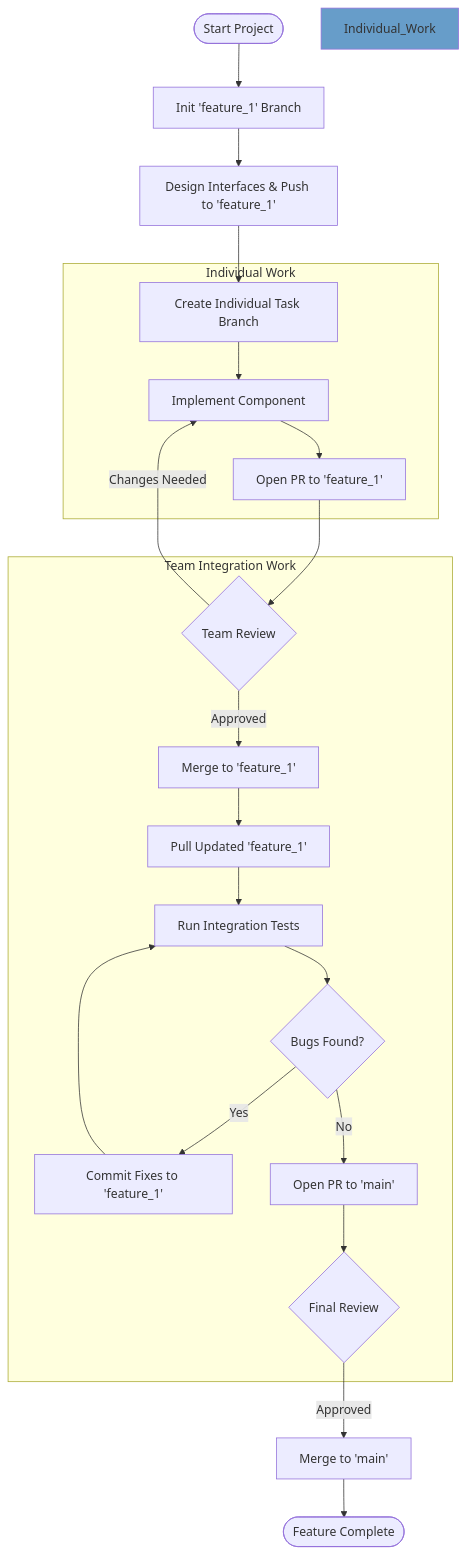
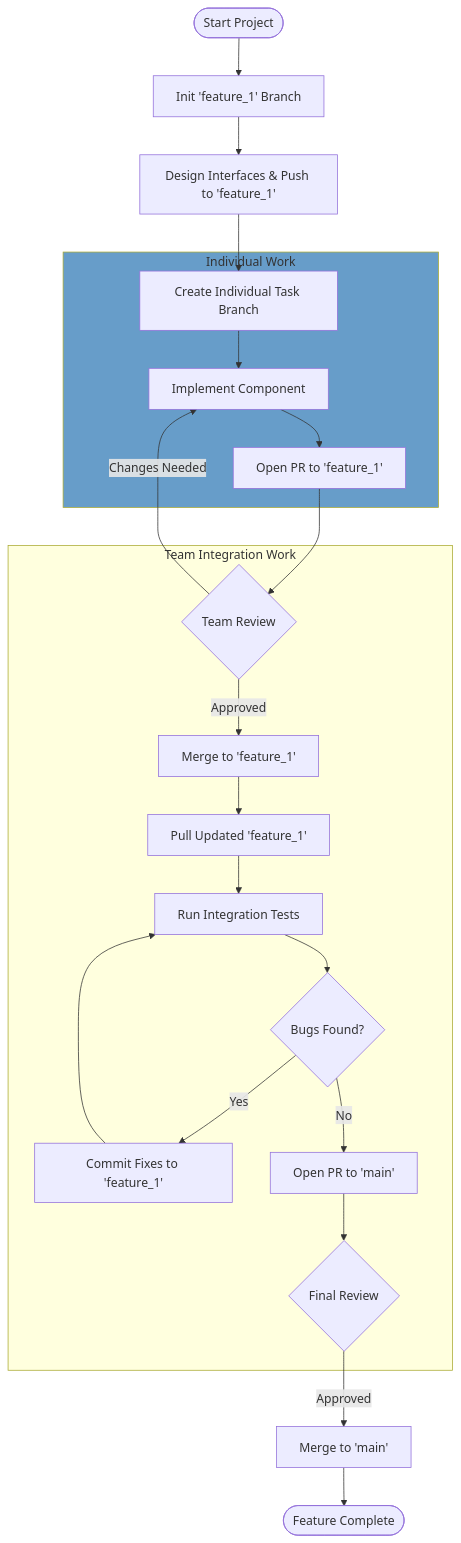
One commit to cse4504-wustl/workflow changed the first of 2 diagrams in README.md. Above: the diagram before and after it, drawn with Mermaid.

````diff
--- a/README.md
+++ b/README.md
@@ -2,28 +2,28 @@
 ```mermaid
 flowchart TD
     Start([Start Project]) --> InitFeature[Init 'feature_1' Branch]
     InitFeature --> Design[Design Interfaces & Push to 'feature_1']
     Design --> BranchInd[Create Individual Task Branch]
 
-    subgraph Individual Work
+    subgraph Indiv_Work [Individual Work]
     BranchInd --> Implement[Implement Component]
     Implement --> PR_Ind[Open PR to 'feature_1']
     end
-    style Individual_Work fill:#679DC9
+    style Indiv_Work fill:#679DC9
 
     subgraph Team Integration Work
     Review_Ind -- Changes Needed --> Implement
     PR_Ind --> Review_Ind{Team Review}
     Review_Ind -- Approved --> Merge_Ind[Merge to 'feature_1']    
     Merge_Ind --> Pull[Pull Updated 'feature_1']
     Pull --> Test[Run Integration Tests]
     Test --> Fix{Bugs Found?}
     Fix -- Yes --> FixCommit[Commit Fixes to 'feature_1']
     FixCommit --> Test
     Fix -- No --> FinalPR[Open PR to 'main']
     FinalPR --> Review_Final{Final Review}
     end
 
     Review_Final -- Approved --> MainMerge[Merge to 'main']
     MainMerge --> Done([Feature Complete])
 ```
````
